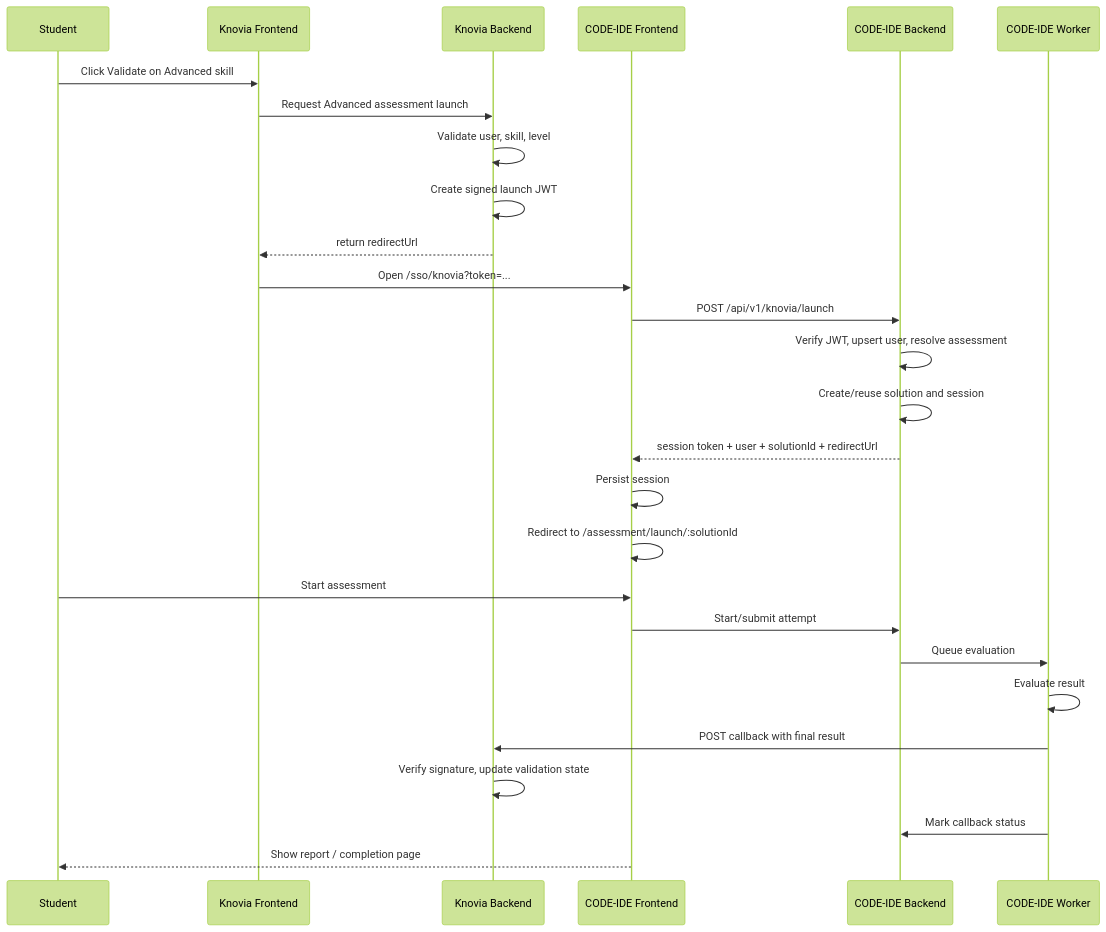
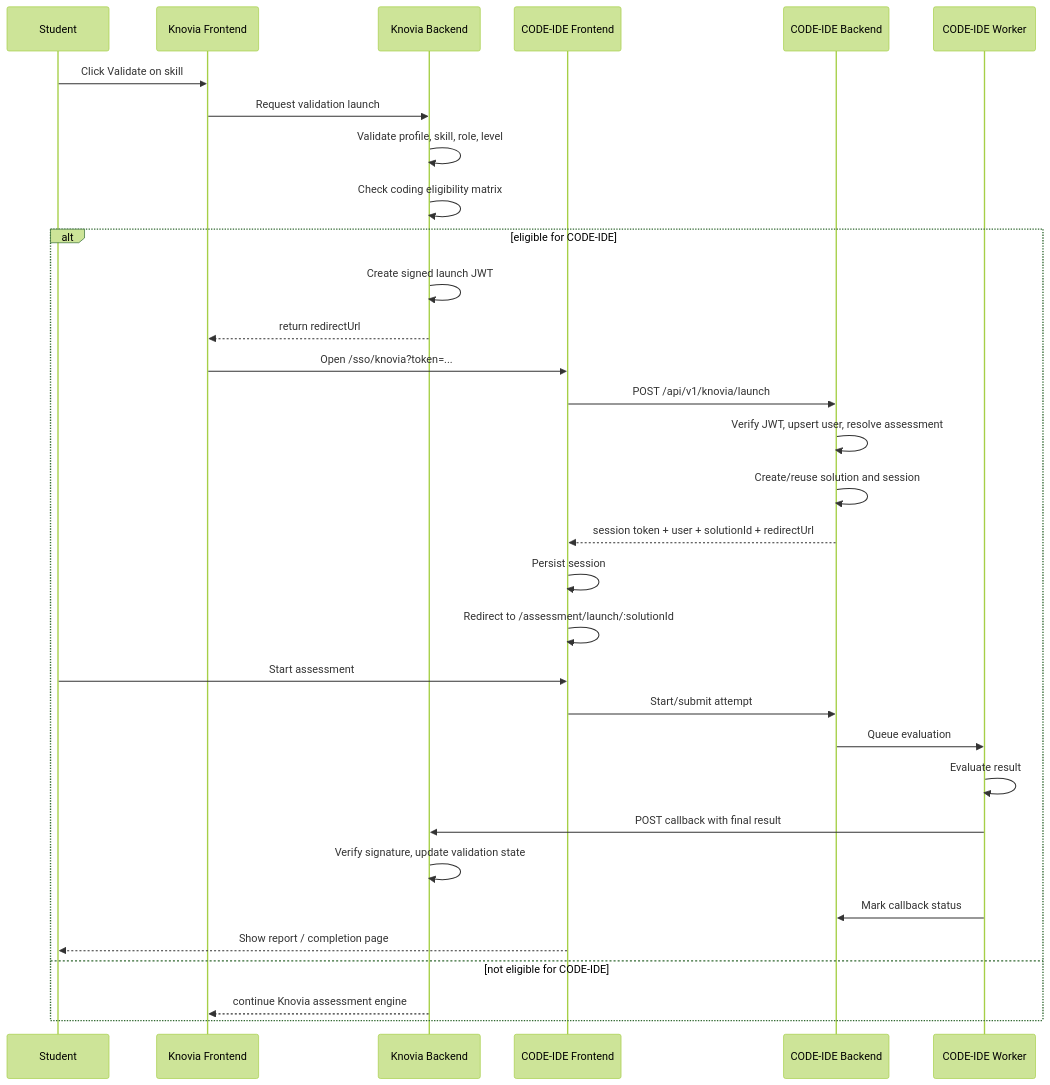
One commit to NeovedaTech/code-ide-ui changed the first of 3 diagrams in KNOVIA_CODEIDE_INTEGRATION_EXECUTION_SPEC.md. Above: the diagram before and after it, drawn with Mermaid (forest theme). The commit also changed other lines of this file and 2 other files, not shown here.

Commit message:
Add coding eligibility matrix to Knovia integration docs

````diff
--- a/KNOVIA_CODEIDE_INTEGRATION_EXECUTION_SPEC.md
+++ b/KNOVIA_CODEIDE_INTEGRATION_EXECUTION_SPEC.md
@@ -263,30 +299,35 @@
 ```mermaid
 sequenceDiagram
     participant Student
     participant KnoviaFE as Knovia Frontend
     participant KnoviaBE as Knovia Backend
     participant CodeUI as CODE-IDE Frontend
     participant CodeAPI as CODE-IDE Backend
     participant Worker as CODE-IDE Worker
 
-    Student->>KnoviaFE: Click Validate on Advanced skill
-    KnoviaFE->>KnoviaBE: Request Advanced assessment launch
-    KnoviaBE->>KnoviaBE: Validate user, skill, level
+    Student->>KnoviaFE: Click Validate on skill
+    KnoviaFE->>KnoviaBE: Request validation launch
+    KnoviaBE->>KnoviaBE: Validate profile, skill, role, level
+    KnoviaBE->>KnoviaBE: Check coding eligibility matrix
+    alt eligible for CODE-IDE
     KnoviaBE->>KnoviaBE: Create signed launch JWT
     KnoviaBE-->>KnoviaFE: return redirectUrl
     KnoviaFE->>CodeUI: Open /sso/knovia?token=...
     CodeUI->>CodeAPI: POST /api/v1/knovia/launch
     CodeAPI->>CodeAPI: Verify JWT, upsert user, resolve assessment
     CodeAPI->>CodeAPI: Create/reuse solution and session
     CodeAPI-->>CodeUI: session token + user + solutionId + redirectUrl
     CodeUI->>CodeUI: Persist session
     CodeUI->>CodeUI: Redirect to /assessment/launch/:solutionId
     Student->>CodeUI: Start assessment
     CodeUI->>CodeAPI: Start/submit attempt
     CodeAPI->>Worker: Queue evaluation
     Worker->>Worker: Evaluate result
     Worker->>KnoviaBE: POST callback with final result
     KnoviaBE->>KnoviaBE: Verify signature, update validation state
     Worker->>CodeAPI: Mark callback status
     CodeUI-->>Student: Show report / completion page
+    else not eligible for CODE-IDE
+    KnoviaBE-->>KnoviaFE: continue Knovia assessment engine
+    end
 ```
````
